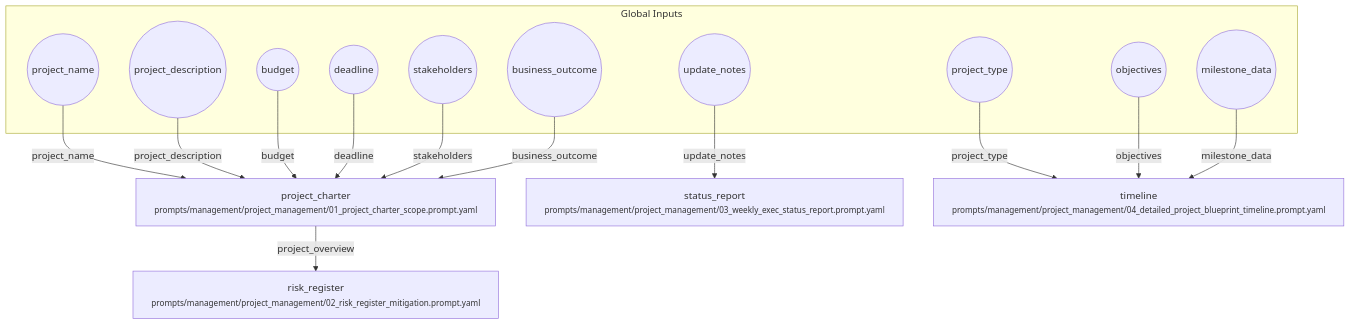
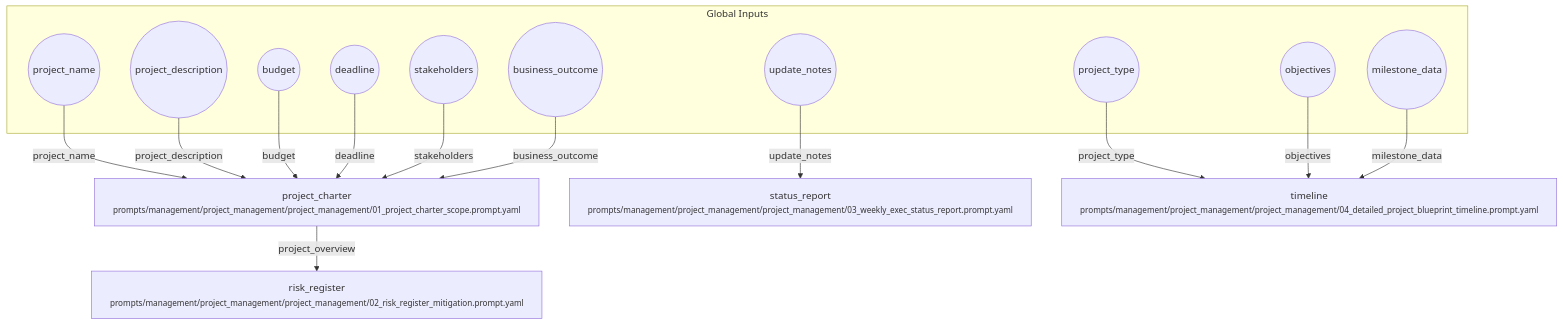
The diagram in workflows/management/project_management.workflow.md (fderuiter/proompts), drawn with Mermaid before and after one commit. The commit also changed 31 other files, not shown here.

````diff
--- a/workflows/management/project_management.workflow.md
+++ b/workflows/management/project_management.workflow.md
@@ -7,30 +7,30 @@
 ```mermaid
 flowchart TD
     subgraph Inputs [Global Inputs]
         inp_project_name((project_name))
         inp_project_description((project_description))
         inp_budget((budget))
         inp_deadline((deadline))
         inp_stakeholders((stakeholders))
         inp_business_outcome((business_outcome))
         inp_update_notes((update_notes))
         inp_project_type((project_type))
         inp_objectives((objectives))
         inp_milestone_data((milestone_data))
     end
-    project_charter["project_charter<br/><small>prompts/management/project_management/01_project_charter_scope.prompt.yaml</small>"]
-    risk_register["risk_register<br/><small>prompts/management/project_management/02_risk_register_mitigation.prompt.yaml</small>"]
-    status_report["status_report<br/><small>prompts/management/project_management/03_weekly_exec_status_report.prompt.yaml</small>"]
-    timeline["timeline<br/><small>prompts/management/project_management/04_detailed_project_blueprint_timeline.prompt.yaml</small>"]
+    project_charter["project_charter<br/><small>prompts/management/project_management/project_management/01_project_charter_scope.prompt.yaml</small>"]
+    risk_register["risk_register<br/><small>prompts/management/project_management/project_management/02_risk_register_mitigation.prompt.yaml</small>"]
+    status_report["status_report<br/><small>prompts/management/project_management/project_management/03_weekly_exec_status_report.prompt.yaml</small>"]
+    timeline["timeline<br/><small>prompts/management/project_management/project_management/04_detailed_project_blueprint_timeline.prompt.yaml</small>"]
     inp_project_name -->|project_name| project_charter
     inp_project_description -->|project_description| project_charter
     inp_budget -->|budget| project_charter
     inp_deadline -->|deadline| project_charter
     inp_stakeholders -->|stakeholders| project_charter
     inp_business_outcome -->|business_outcome| project_charter
     project_charter -->|project_overview| risk_register
     inp_update_notes -->|update_notes| status_report
     inp_project_type -->|project_type| timeline
     inp_objectives -->|objectives| timeline
     inp_milestone_data -->|milestone_data| timeline
 ```
````
